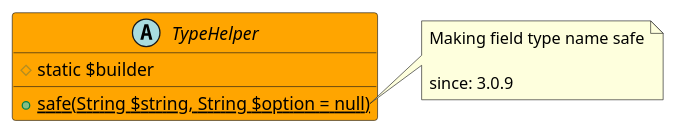
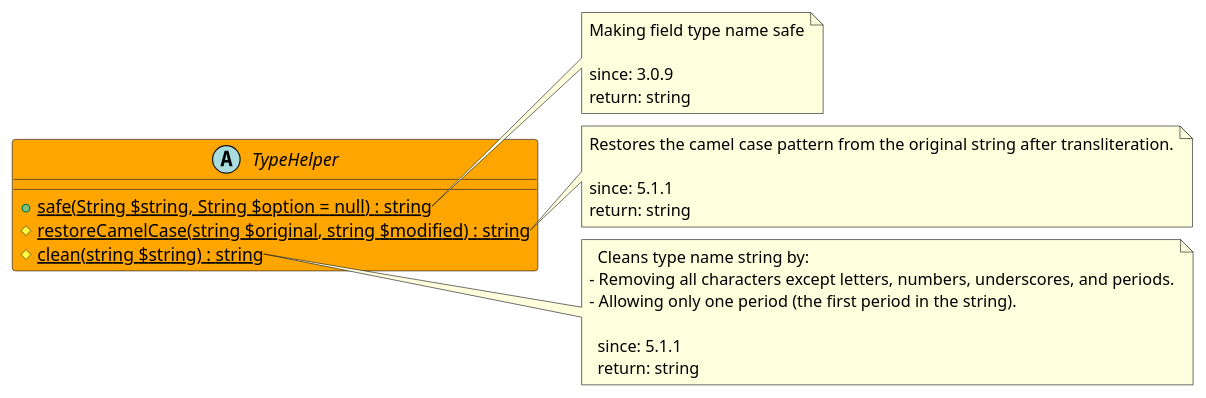
The diagram in src/a8935cbe-7701-40dc-bfd5-675f2d600954/README.md (joomengine/super-powers), drawn with PlantUML before and after one commit. The commit also changed 17 other files, not shown here.

````diff
--- a/src/a8935cbe-7701-40dc-bfd5-675f2d600954/README.md
+++ b/src/a8935cbe-7701-40dc-bfd5-675f2d600954/README.md
@@ -12,15 +12,33 @@
 ```uml
 @startuml
 abstract TypeHelper  #Orange {
-  # static $builder
-  + {static} safe(String $string, String $option = null)
+  + {static} safe(String $string, String $option = null) : string
+  # {static} restoreCamelCase(string $original, string $modified) : string
+  # {static} clean(string $string) : string
 }
 
 note right of TypeHelper::safe
   Making field type name safe
 
   since: 3.0.9
+  return: string
+end note
+
+note right of TypeHelper::restoreCamelCase
+  Restores the camel case pattern from the original string after transliteration.
+
+  since: 5.1.1
+  return: string
+end note
+
+note right of TypeHelper::clean
+  Cleans type name string by:
+- Removing all characters except letters, numbers, underscores, and periods.
+- Allowing only one period (the first period in the string).
+
+  since: 5.1.1
+  return: string
 end note
  
 @enduml
 ```
````
